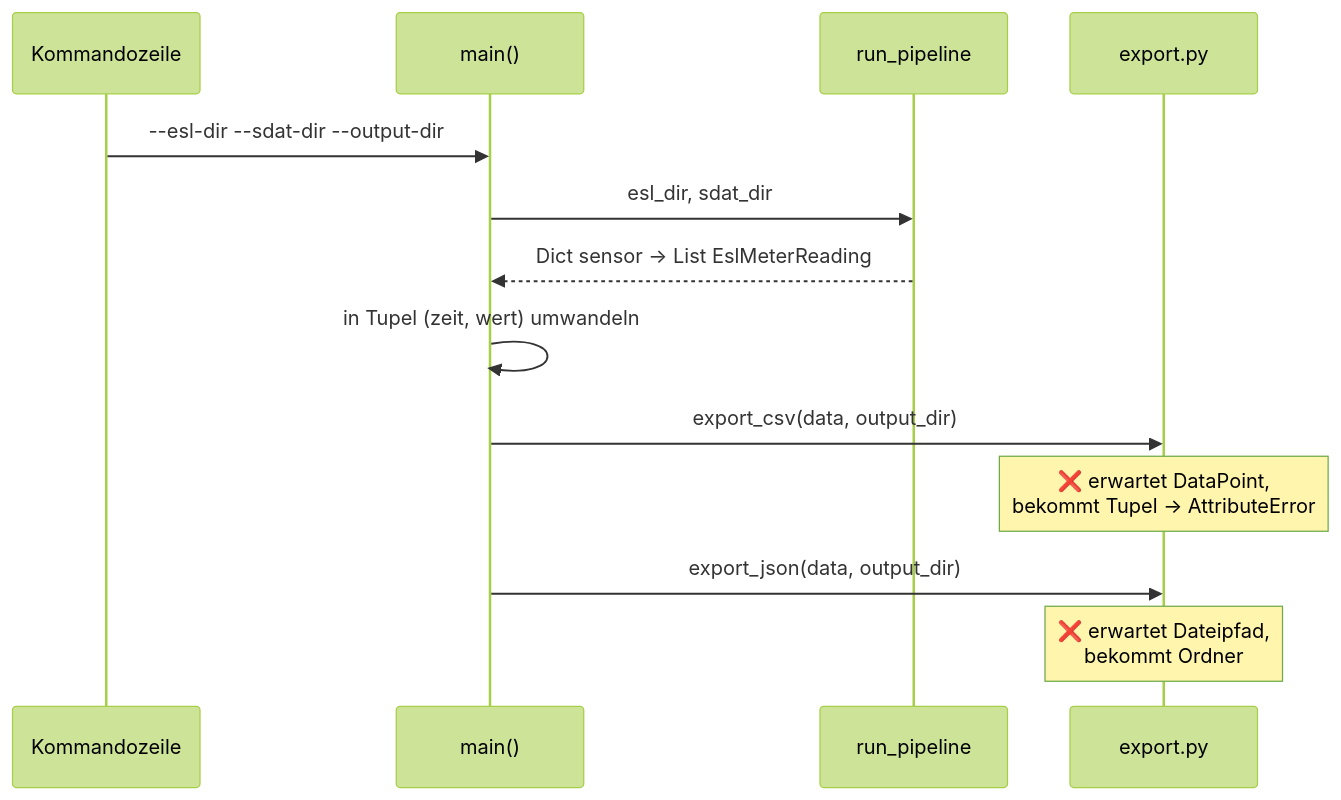
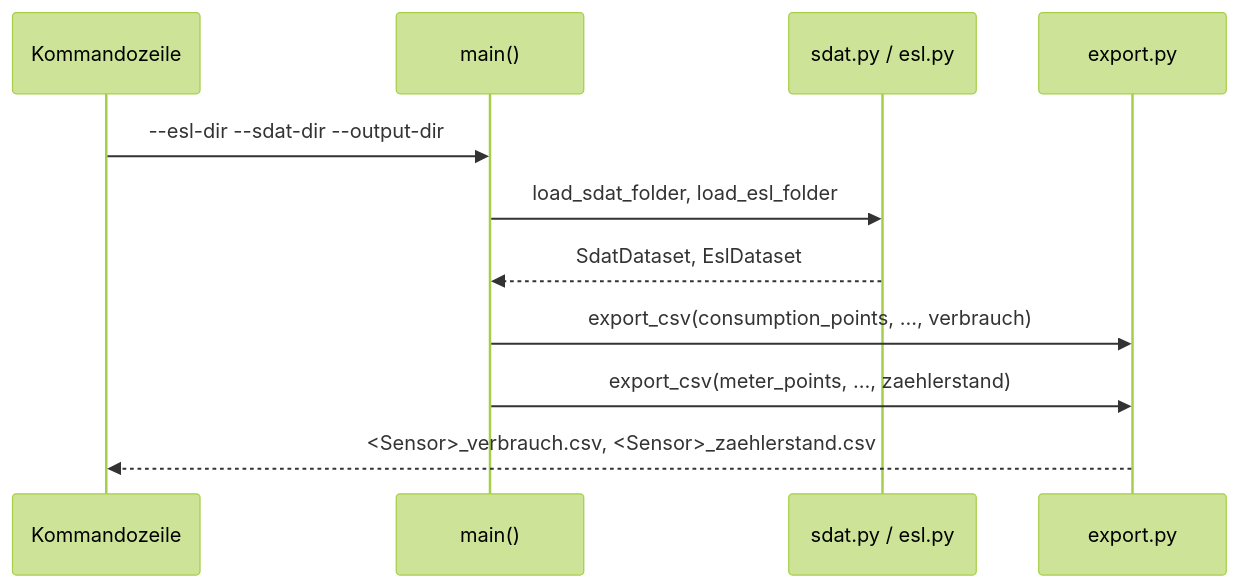
Before and after one commit to im24b-seminaral/volt-trace: diagram 12 of 13 in PYTHON.md, drawn with Mermaid (forest theme). The commit also changed other lines of this file and 2 other files, not shown here.

````diff
--- a/PYTHON.md
+++ b/PYTHON.md
@@ -1020,16 +1112,14 @@
 ```mermaid
 sequenceDiagram
     participant U as Kommandozeile
     participant M as main()
-    participant P as run_pipeline
+    participant R as sdat.py / esl.py
     participant X as export.py
 
     U->>M: --esl-dir --sdat-dir --output-dir
-    M->>P: esl_dir, sdat_dir
-    P-->>M: Dict sensor → List EslMeterReading
-    M->>M: in Tupel (zeit, wert) umwandeln
-    M->>X: export_csv(data, output_dir)
-    Note over X: ❌ erwartet DataPoint,<br/>bekommt Tupel → AttributeError
-    M->>X: export_json(data, output_dir)
-    Note over X: ❌ erwartet Dateipfad,<br/>bekommt Ordner
+    M->>R: load_sdat_folder, load_esl_folder
+    R-->>M: SdatDataset, EslDataset
+    M->>X: export_csv(consumption_points, …, verbrauch)
+    M->>X: export_csv(meter_points, …, zaehlerstand)
+    X-->>U: <Sensor>_verbrauch.csv, <Sensor>_zaehlerstand.csv
 ```
````
